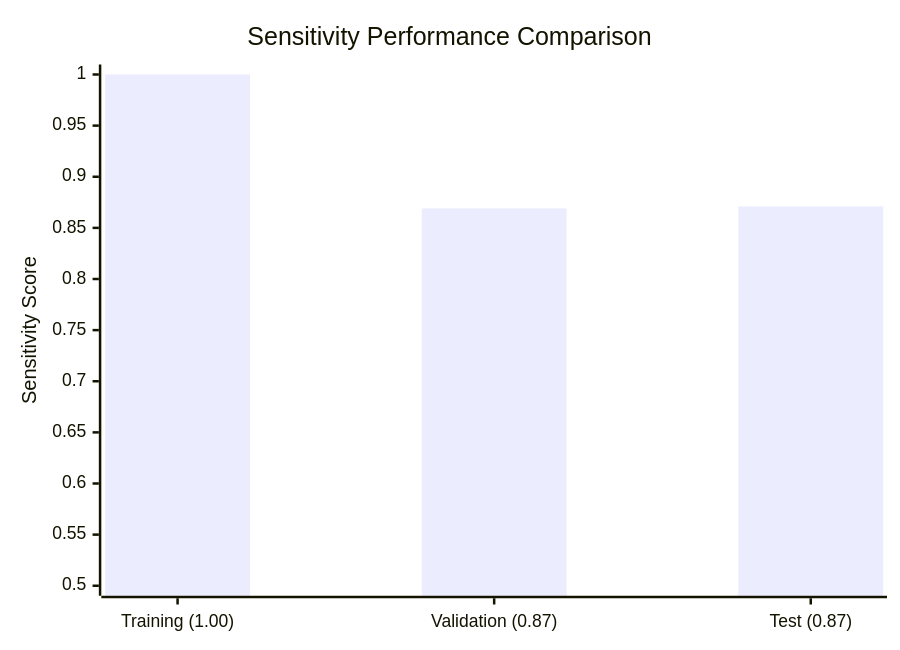
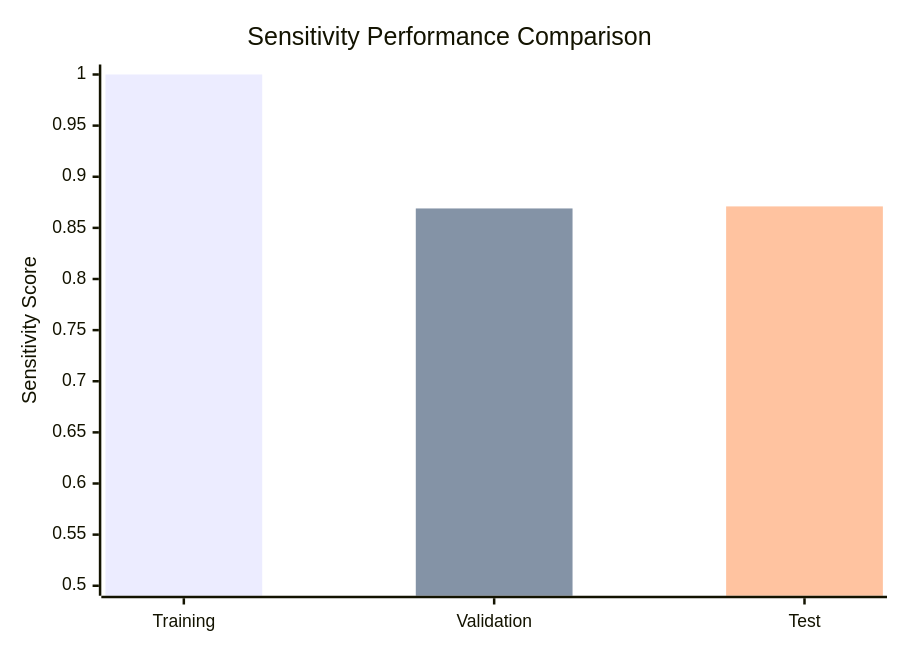
One commit to Daniel-Lachner-Piza/EEG_Characterizer_HFO changed the fourth of 5 diagrams in README.md. Above: the diagram before and after it, drawn with Mermaid. The commit also changed other lines of this file, not shown here.

````diff
--- a/README.md
+++ b/README.md
@@ -69,7 +75,9 @@
 ```mermaid
 xychart-beta
     title "Sensitivity Performance Comparison"
-    x-axis ["Training (1.00)", "Validation (0.87)", "Test (0.87)"]
+    x-axis [Training, Validation, Test]
     y-axis "Sensitivity Score" 0.5 --> 1.0
-    bar [1.000, 0.869, 0.871]
+    bar "Training (1.00)" [1.000, 0, 0]
+    bar "Validation (0.87)" [0, 0.869, 0]
+    bar "Test (0.87)" [0, 0, 0.871]
 ```
````
